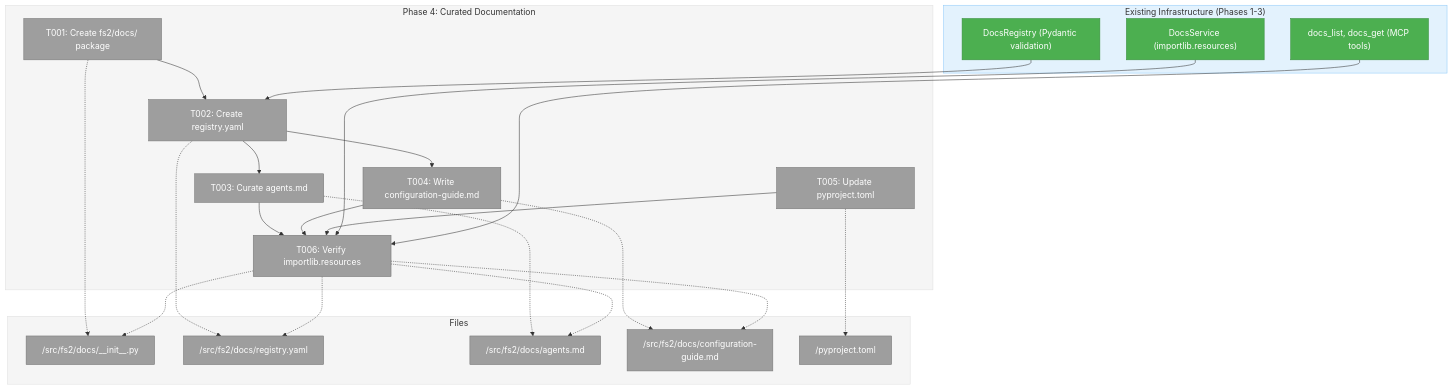
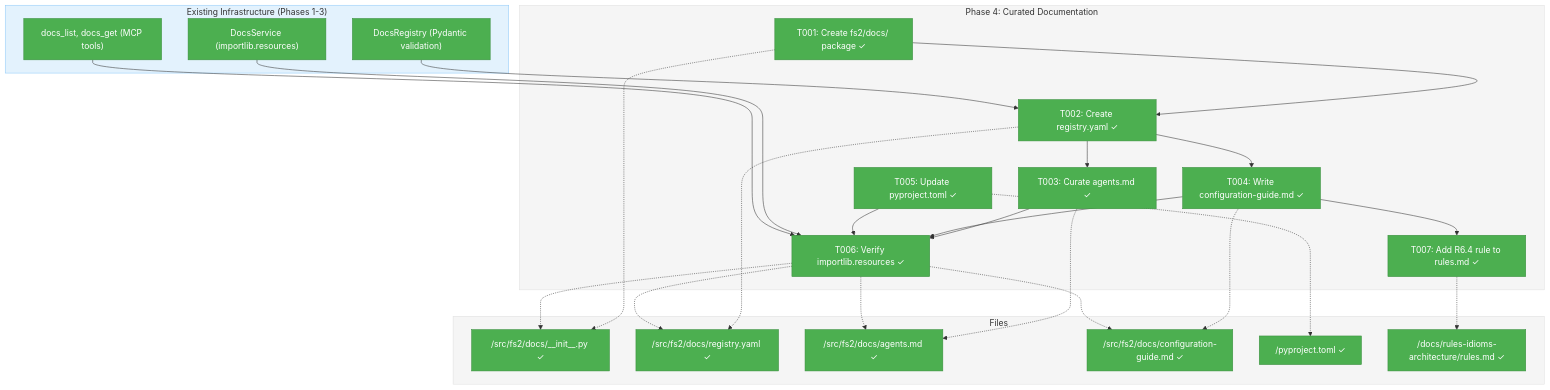
Before and after one commit to AI-Substrate/flow_squared: the first of 3 diagrams in docs/plans/014-mcp-doco/tasks/phase-4-curated-documentation/tasks.md, drawn with Mermaid. The commit also changed other lines of this file and 11 other files, not shown here.

````diff
--- a/docs/plans/014-mcp-doco/tasks/phase-4-curated-documentation/tasks.md
+++ b/docs/plans/014-mcp-doco/tasks/phase-4-curated-documentation/tasks.md
@@ -74,55 +74,59 @@
 ```mermaid
 flowchart TD
     classDef pending fill:#9E9E9E,stroke:#757575,color:#fff
     classDef inprogress fill:#FF9800,stroke:#F57C00,color:#fff
     classDef completed fill:#4CAF50,stroke:#388E3C,color:#fff
     classDef blocked fill:#F44336,stroke:#D32F2F,color:#fff
 
     style Phase fill:#F5F5F5,stroke:#E0E0E0
     style Files fill:#F5F5F5,stroke:#E0E0E0
     style ExistingInfra fill:#E3F2FD,stroke:#90CAF9
 
     subgraph ExistingInfra["Existing Infrastructure (Phases 1-3)"]
         DocsRegistry["DocsRegistry (Pydantic validation)"]:::completed
         DocsService["DocsService (importlib.resources)"]:::completed
         MCPTools["docs_list, docs_get (MCP tools)"]:::completed
     end
 
     subgraph Phase["Phase 4: Curated Documentation"]
-        T001["T001: Create fs2/docs/ package"]:::pending
-        T002["T002: Create registry.yaml"]:::pending
-        T003["T003: Curate agents.md"]:::pending
-        T004["T004: Write configuration-guide.md"]:::pending
-        T005["T005: Update pyproject.toml"]:::pending
-        T006["T006: Verify importlib.resources"]:::pending
+        T001["T001: Create fs2/docs/ package ✓"]:::completed
+        T002["T002: Create registry.yaml ✓"]:::completed
+        T003["T003: Curate agents.md ✓"]:::completed
+        T004["T004: Write configuration-guide.md ✓"]:::completed
+        T005["T005: Update pyproject.toml ✓"]:::completed
+        T006["T006: Verify importlib.resources ✓"]:::completed
+        T007["T007: Add R6.4 rule to rules.md ✓"]:::completed
 
         T001 --> T002
         T002 --> T003
         T002 --> T004
         T003 --> T006
         T004 --> T006
+        T004 --> T007
         T005 --> T006
     end
 
     subgraph Files["Files"]
-        F1["/src/fs2/docs/__init__.py"]:::pending
-        F2["/src/fs2/docs/registry.yaml"]:::pending
-        F3["/src/fs2/docs/agents.md"]:::pending
-        F4["/src/fs2/docs/configuration-guide.md"]:::pending
-        F5["/pyproject.toml"]:::pending
+        F1["/src/fs2/docs/__init__.py ✓"]:::completed
+        F2["/src/fs2/docs/registry.yaml ✓"]:::completed
+        F3["/src/fs2/docs/agents.md ✓"]:::completed
+        F4["/src/fs2/docs/configuration-guide.md ✓"]:::completed
+        F5["/pyproject.toml ✓"]:::completed
+        F6["/docs/rules-idioms-architecture/rules.md ✓"]:::completed
     end
 
     T001 -.-> F1
     T002 -.-> F2
     T003 -.-> F3
     T004 -.-> F4
     T005 -.-> F5
     T006 -.-> F1
     T006 -.-> F2
     T006 -.-> F3
     T006 -.-> F4
+    T007 -.-> F6
 
     DocsRegistry --> T002
     DocsService --> T006
     MCPTools --> T006
 ```
````
